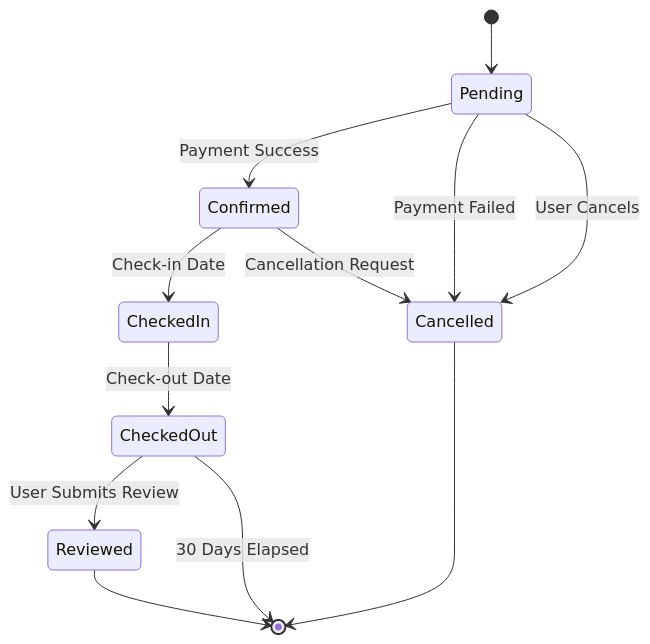
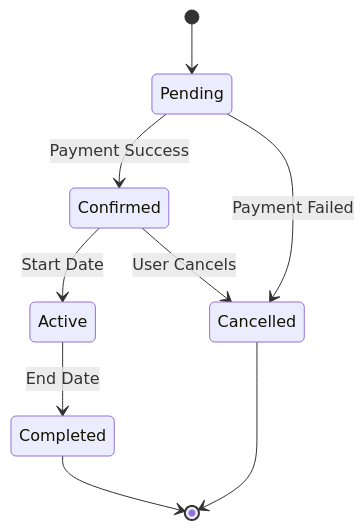
One commit to qazuor/claude-code-config changed the fourth of 8 diagrams in templates/skills/tech/mermaid-diagram-specialist.md. Above: the diagram before and after it, drawn with Mermaid. The commit also changed other lines of this file and 26 other files, not shown here.

````diff
--- a/templates/skills/tech/mermaid-diagram-specialist.md
+++ b/templates/skills/tech/mermaid-diagram-specialist.md
@@ -431,14 +106,11 @@
 ```mermaid
 stateDiagram-v2
     [*] --> Pending
-    Pending --> Confirmed : Payment Success
-    Pending --> Cancelled : Payment Failed
-    Pending --> Cancelled : User Cancels
-    Confirmed --> CheckedIn : Check-in Date
-    Confirmed --> Cancelled : Cancellation Request
-    CheckedIn --> CheckedOut : Check-out Date
-    CheckedOut --> Reviewed : User Submits Review
-    CheckedOut --> [*] : 30 Days Elapsed
-    Reviewed --> [*]
+    Pending --> Confirmed: Payment Success
+    Pending --> Cancelled: Payment Failed
+    Confirmed --> Active: Start Date
+    Active --> Completed: End Date
+    Confirmed --> Cancelled: User Cancels
+    Completed --> [*]
     Cancelled --> [*]
 ```
````
